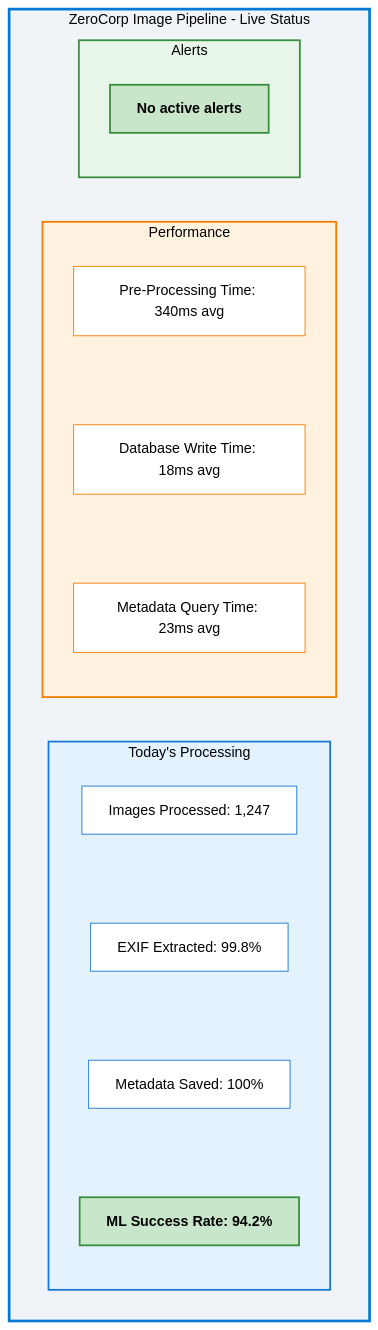
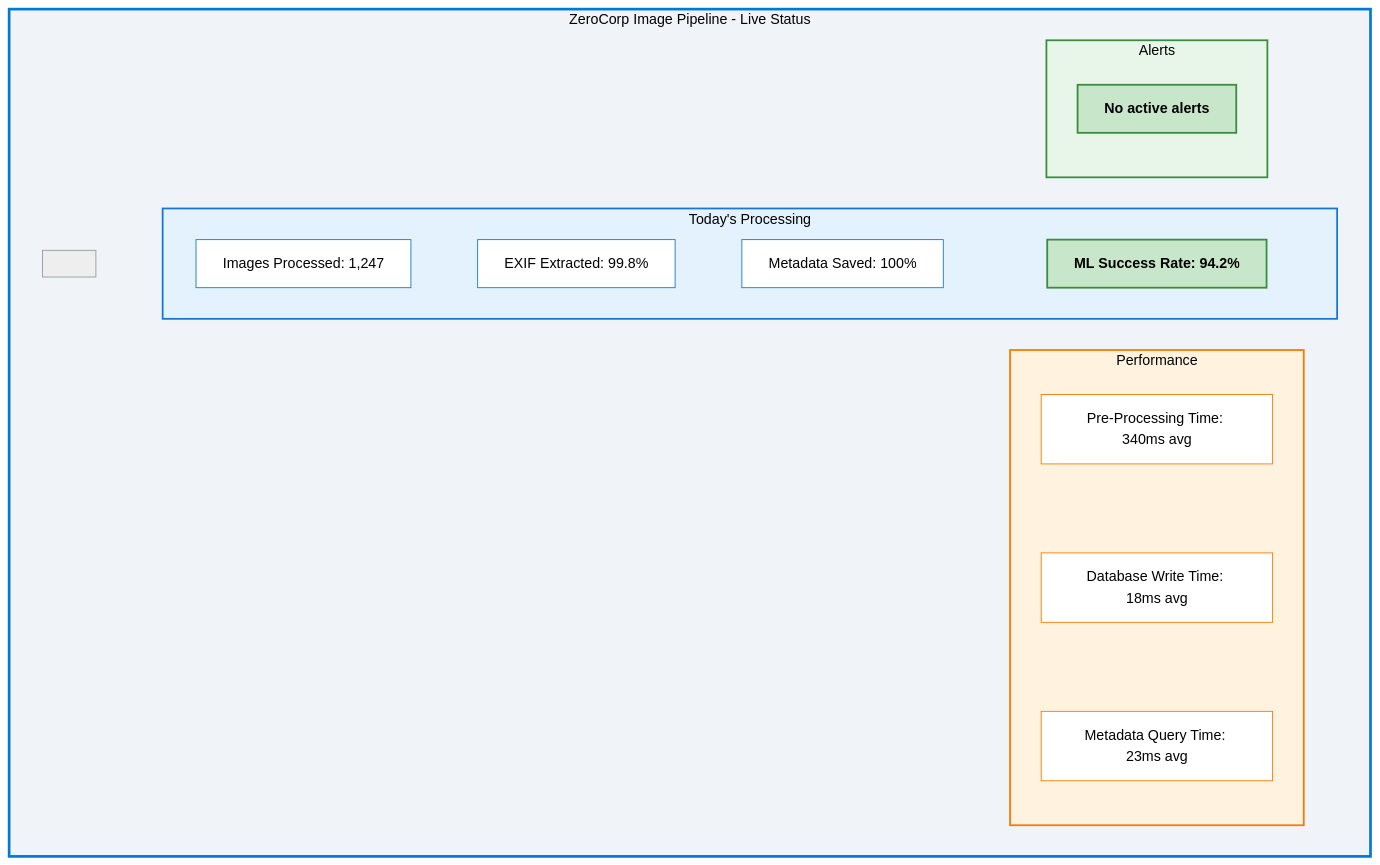
The fifth of 5 diagrams in 02-The-Bug/02_Solution_Architecture.md (anandSgunti/cloud), drawn with Mermaid (neutral theme) before and after one commit. The commit also changed other lines of this file, not shown here.

````diff
--- a/02-The-Bug/02_Solution_Architecture.md
+++ b/02-The-Bug/02_Solution_Architecture.md
@@ -260,45 +256,46 @@
 ```mermaid
 graph TB
     subgraph Dashboard["ZeroCorp Image Pipeline - Live Status"]
+    SPACER1[" "]
 
         subgraph Processing[" Today's Processing"]
             P1["Images Processed: 1,247"]
             P2["EXIF Extracted: 99.8%"]
             P3["Metadata Saved: 100%"]
             P4["ML Success Rate: 94.2% "]
         end
         
         subgraph Performance[" Performance"]
             PERF1["Pre-Processing Time: 340ms avg"]
             PERF2["Database Write Time: 18ms avg"]
             PERF3["Metadata Query Time: 23ms avg"]
         end
         
         subgraph Alerts[" Alerts"]
             A1["No active alerts "]
         end
     end
-    
+    SPACER1 ~~~ P1
     P1 ~~~ P2
     P2 ~~~ P3
     P3 ~~~ P4
     
     PERF1 ~~~ PERF2
     PERF2 ~~~ PERF3
     
     style Dashboard fill:#f0f4f8,stroke:#0078d4,stroke-width:3px,color:#000
     style Processing fill:#e3f2fd,stroke:#1976d2,stroke-width:2px,color:#000
     style Performance fill:#fff3e0,stroke:#f57c00,stroke-width:2px,color:#000
     style Alerts fill:#e8f5e9,stroke:#388e3c,stroke-width:2px,color:#000
     
     style P1 fill:#fff,stroke:#1976d2,color:#000
     style P2 fill:#fff,stroke:#1976d2,color:#000
     style P3 fill:#fff,stroke:#1976d2,color:#000
     style P4 fill:#c8e6c9,stroke:#388e3c,stroke-width:2px,color:#000,font-weight:bold
     
     style PERF1 fill:#fff,stroke:#f57c00,color:#000
     style PERF2 fill:#fff,stroke:#f57c00,color:#000
     style PERF3 fill:#fff,stroke:#f57c00,color:#000
     
     style A1 fill:#c8e6c9,stroke:#388e3c,stroke-width:2px,color:#000,font-weight:bold
 ```
````
